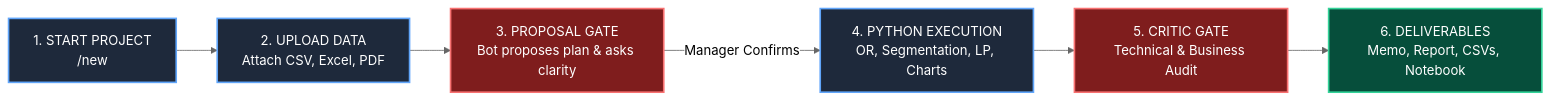
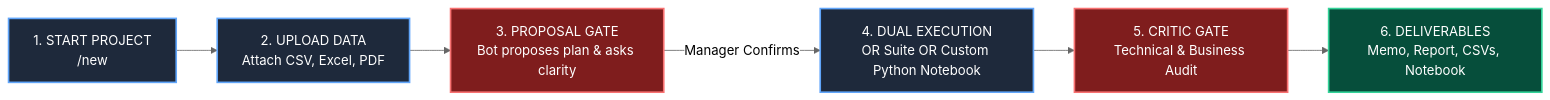
The first of 3 diagrams in README.md (Andrariando/AnalyticsBot), drawn with Mermaid (neutral theme) before and after one commit. The commit also changed other lines of this file and 6 other files, not shown here.

Commit message:
feat: add dynamic Jupyter Notebook builder and update README with Dual Execution architecture

````diff
--- a/README.md
+++ b/README.md
@@ -23,12 +23,12 @@
 ```mermaid
 flowchart LR
     classDef step fill:#1E293B,stroke:#60A5FA,stroke-width:2px,color:#FFFFFF;
     classDef gate fill:#7F1D1D,stroke:#F87171,stroke-width:2px,color:#FFFFFF;
     classDef out fill:#064E3B,stroke:#34D399,stroke-width:2px,color:#FFFFFF;
 
     A["1. START PROJECT<br>/new <Title>"]:::step --> B["2. UPLOAD DATA<br>Attach CSV, Excel, PDF"]:::step
     B --> C["3. PROPOSAL GATE<br>Bot proposes plan & asks clarity"]:::gate
-    C -->|Manager Confirms| D["4. PYTHON EXECUTION<br>OR, Segmentation, LP, Charts"]:::step
+    C -->|Manager Confirms| D["4. DUAL EXECUTION<br>OR Suite OR Custom Python Notebook"]:::step
     D --> E["5. CRITIC GATE<br>Technical & Business Audit"]:::gate
     E --> F["6. DELIVERABLES<br>Memo, Report, CSVs, Notebook"]:::out
 ```
````
